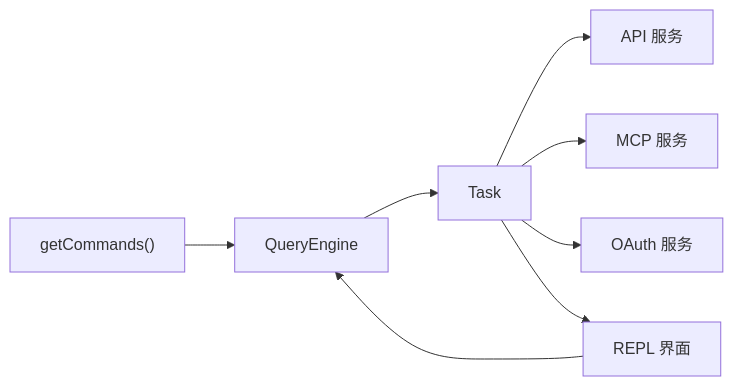
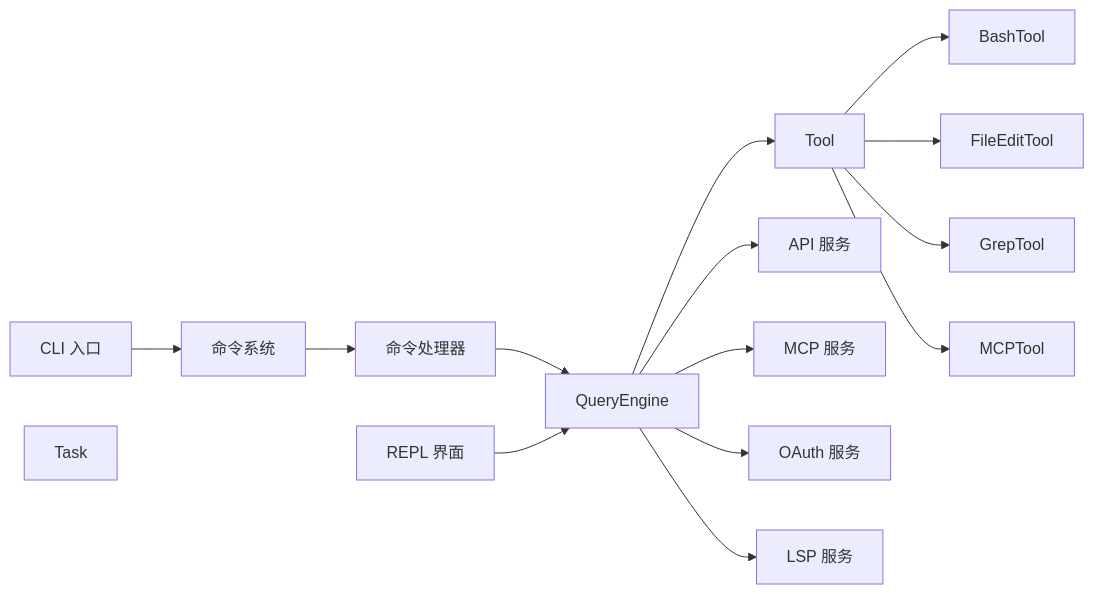
The second of 4 diagrams in .nium-wiki/wiki/architecture.md (niuma996/claude-code-sourcemap-wiki), drawn with Mermaid before and after one commit. The commit also changed other lines of this file and 1976 other files, not shown here.

````diff
--- a/.nium-wiki/wiki/architecture.md
+++ b/.nium-wiki/wiki/architecture.md
@@ -93,26 +95,44 @@
 ```mermaid
 graph LR
+    %% 入口层
+    CLI["CLI 入口"]
+
     %% 命令系统
-    GetCmds["getCommands()"]
+    GetCmds["命令系统"]
+    Handlers["命令处理器"]
 
     %% 核心引擎
     Query["QueryEngine"]
     Task["Task"]
+    Tool["Tool"]
+
+    %% 工具
+    Bash["BashTool"]
+    FileEdit["FileEditTool"]
+    Grep["GrepTool"]
+    MCP["MCPTool"]
 
     %% 服务层
     API["API 服务"]
-    MCP["MCP 服务"]
+    MCP_Svc["MCP 服务"]
     OAuth["OAuth 服务"]
+    LSP["LSP 服务"]
 
     %% 用户界面
     REPL["REPL 界面"]
 
     %% 连接关系
-    GetCmds --> Query
-    Query --> Task
-    Task --> API
-    Task --> MCP
-    Task --> OAuth
+    CLI --> GetCmds
+    GetCmds --> Handlers
+    Handlers --> Query
+    Query --> Tool
+    Tool --> Bash
+    Tool --> FileEdit
+    Tool --> Grep
+    Tool --> MCP
+    Query --> API
+    Query --> MCP_Svc
+    Query --> OAuth
+    Query --> LSP
     REPL --> Query
-    Task --> REPL
 ```
````
